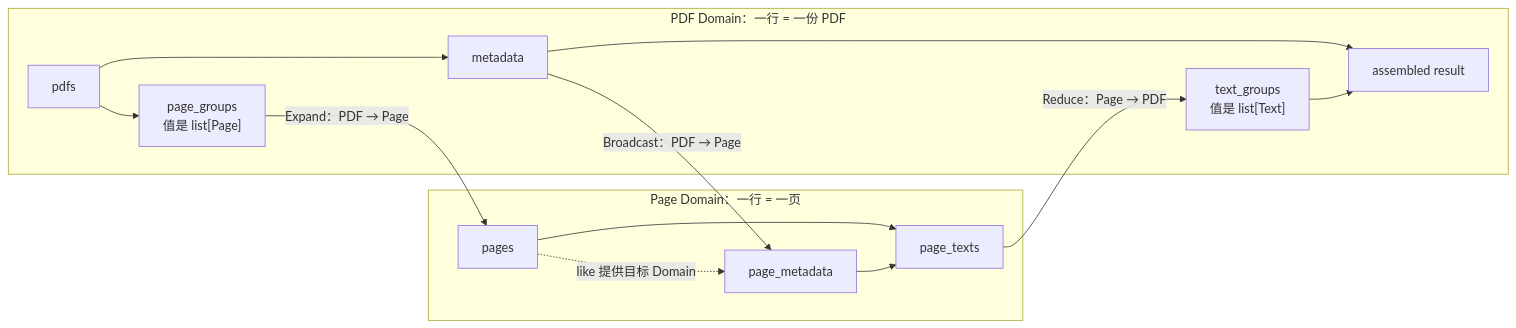
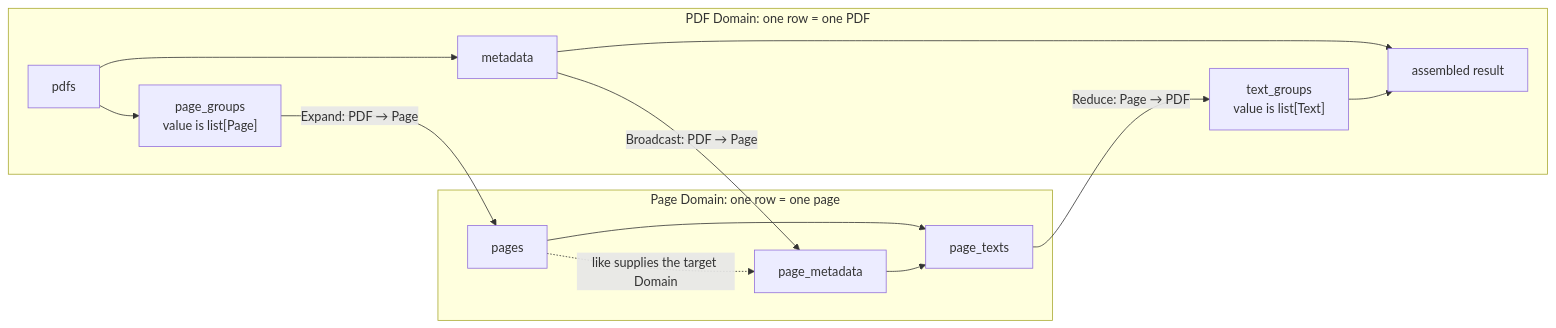
Before and after one commit to OpenDCAI/RayOrch: the seventh of 24 diagrams in docs/multigrain_v3_6_getting_started.md, drawn with Mermaid. The commit also changed other lines of this file and 31 other files, not shown here.

Commit message:
docs(v3.6): publish bilingual architecture guides

````diff
--- a/docs/multigrain_v3_6_getting_started.md
+++ b/docs/multigrain_v3_6_getting_started.md
@@ -747,27 +1156,27 @@
 ```mermaid
 flowchart LR
-    subgraph PDF["PDF Domain：一行 = 一份 PDF"]
+    subgraph PDF["PDF Domain: one row = one PDF"]
         Pdfs["pdfs"]
         Metadata["metadata"]
-        Groups["page_groups<br/>值是 list[Page]"]
-        TextGroups["text_groups<br/>值是 list[Text]"]
+        Groups["page_groups<br/>value is list[Page]"]
+        TextGroups["text_groups<br/>value is list[Text]"]
         Result["assembled result"]
     end
 
-    subgraph Page["Page Domain：一行 = 一页"]
+    subgraph Page["Page Domain: one row = one page"]
         Pages["pages"]
         PageMeta["page_metadata"]
         Texts["page_texts"]
     end
 
     Pdfs --> Metadata
     Pdfs --> Groups
-    Groups -->|"Expand：PDF → Page"| Pages
-    Metadata -->|"Broadcast：PDF → Page"| PageMeta
-    Pages -. "like 提供目标 Domain" .-> PageMeta
+    Groups -->|"Expand: PDF → Page"| Pages
+    Metadata -->|"Broadcast: PDF → Page"| PageMeta
+    Pages -. "like supplies the target Domain" .-> PageMeta
     Pages --> Texts
     PageMeta --> Texts
-    Texts -->|"Reduce：Page → PDF"| TextGroups
+    Texts -->|"Reduce: Page → PDF"| TextGroups
     Metadata --> Result
     TextGroups --> Result
 ```
````
